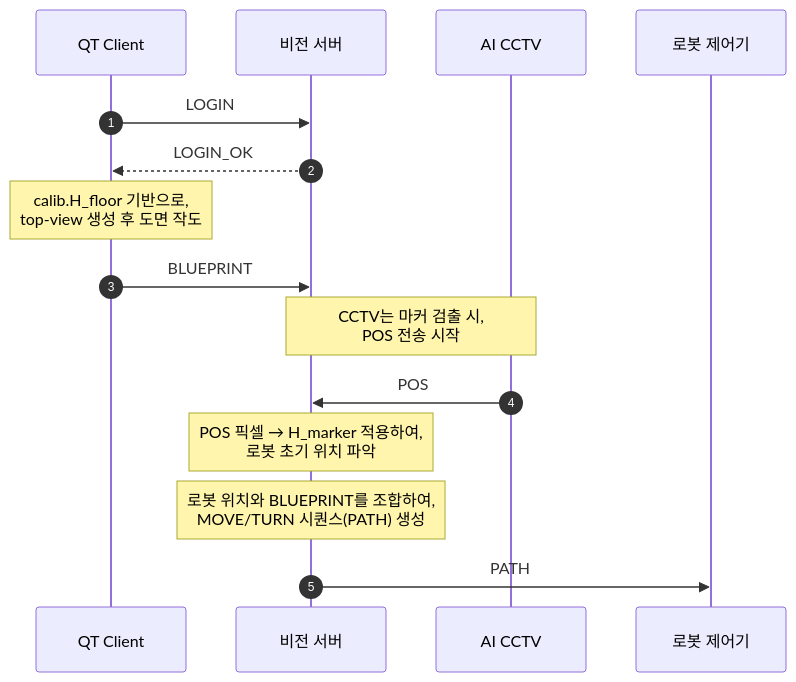
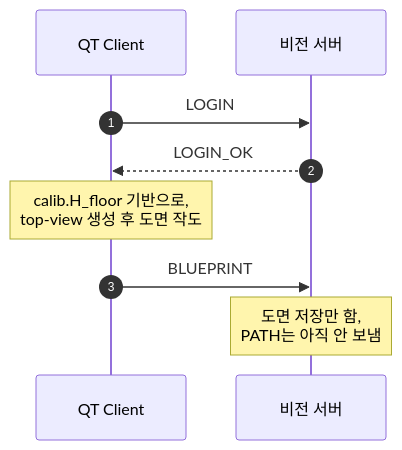
One commit to veda-4th-team4/Road_Painter_4th changed the third of 6 diagrams in Server/PROTOCOL.md. Above: the diagram before and after it, drawn with Mermaid. The commit also changed other lines of this file and 10 other files, not shown here.

Commit message:
feat(server): 그리기 흐름 자동화(PATH_DONE 트리거), SET_CAM_IP 신설, POS 중계 중단

````diff
--- a/Server/PROTOCOL.md
+++ b/Server/PROTOCOL.md
@@ -501,22 +596,13 @@
 ```mermaid
 sequenceDiagram
     autonumber
     participant QT as QT Client
     participant Server as 비전 서버
-    participant CCTV as AI CCTV
-    participant ROBOT as 로봇 제어기
 
     QT->>Server: LOGIN
     Server-->>QT: LOGIN_OK
 
     Note over QT: calib.H_floor 기반으로,<br/>top-view 생성 후 도면 작도
     QT->>Server: BLUEPRINT
-
-    Note over CCTV,Server: CCTV는 마커 검출 시,<br/>POS 전송 시작
-    CCTV->>Server: POS
-    
-    Note over Server: POS 픽셀 → H_marker 적용하여,<br/>로봇 초기 위치 파악
-    Note over Server: 로봇 위치와 BLUEPRINT를 조합하여,<br/>MOVE/TURN 시퀀스(PATH) 생성
-    
-    Server->>ROBOT: PATH
+    Note over Server: 도면 저장만 함,<br/>PATH는 아직 안 보냄
 ```
````
